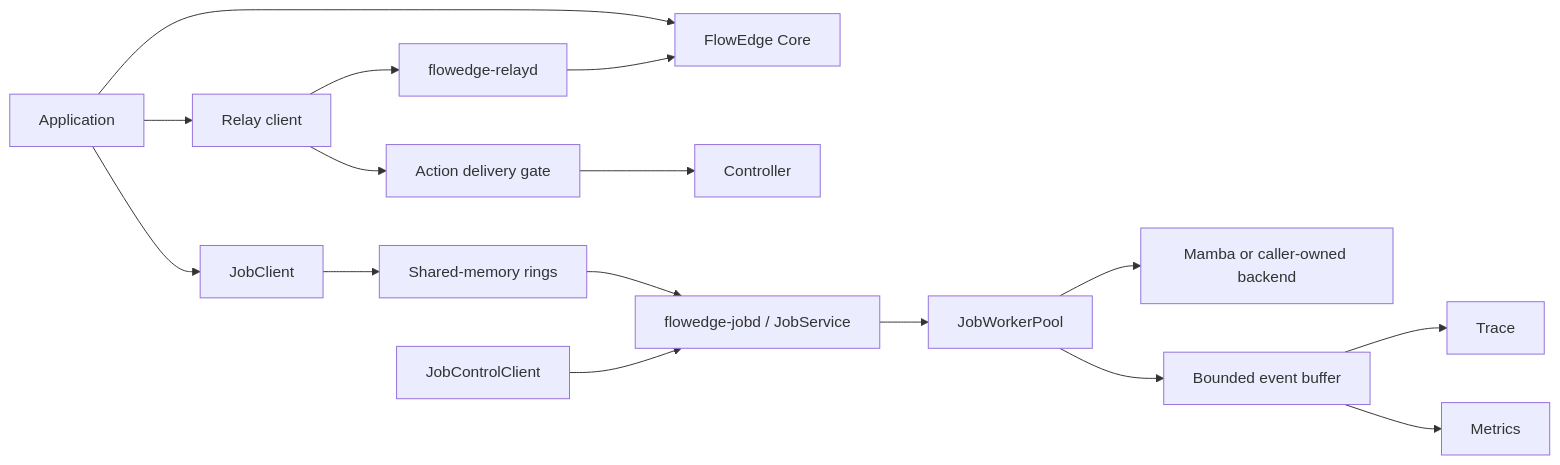
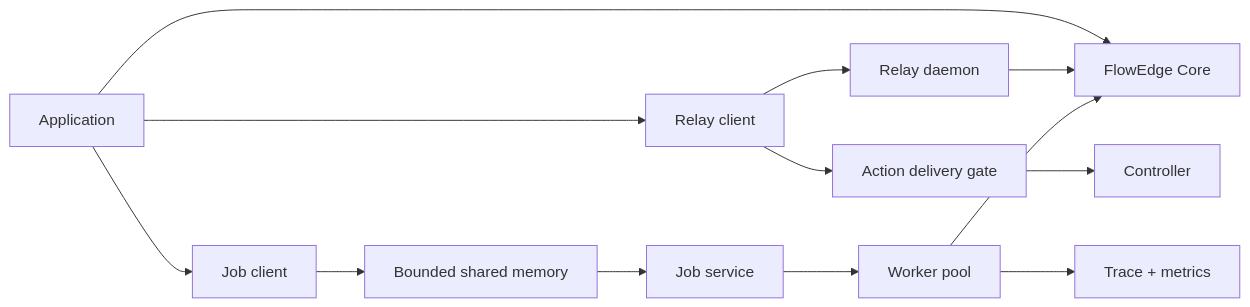
One commit to elprofesoriqo/FlowEdge changed the diagram in docs/capabilities.md. Above: the diagram before and after it, drawn with Mermaid. The commit also changed other lines of this file and 16 other files, not shown here.

````diff
--- a/docs/capabilities.md
+++ b/docs/capabilities.md
@@ -24,18 +18,15 @@
 ```{mermaid}
 flowchart LR
-  A[Application] --> C[FlowEdge Core]
-  A --> R[Relay client]
-  R --> D[flowedge-relayd]
-  D --> C
-  R --> G[Action delivery gate]
-  G --> K[Controller]
-  A --> J[JobClient]
-  J --> S[Shared-memory rings]
-  S --> V[flowedge-jobd / JobService]
-  Q[JobControlClient] --> V
-  V --> P[JobWorkerPool]
-  P --> B[Mamba or caller-owned backend]
-  P --> E[Bounded event buffer]
-  E --> T[Trace]
-  E --> M[Metrics]
+  App[Application] --> Core[FlowEdge Core]
+  App --> RC[Relay client]
+  RC --> RD[Relay daemon]
+  RD --> Core
+  RC --> Gate[Action delivery gate]
+  Gate --> Robot[Controller]
+  App --> JC[Job client]
+  JC --> Ring[Bounded shared memory]
+  Ring --> JS[Job service]
+  JS --> Pool[Worker pool]
+  Pool --> Core
+  Pool --> Obs[Trace + metrics]
 ```
````
